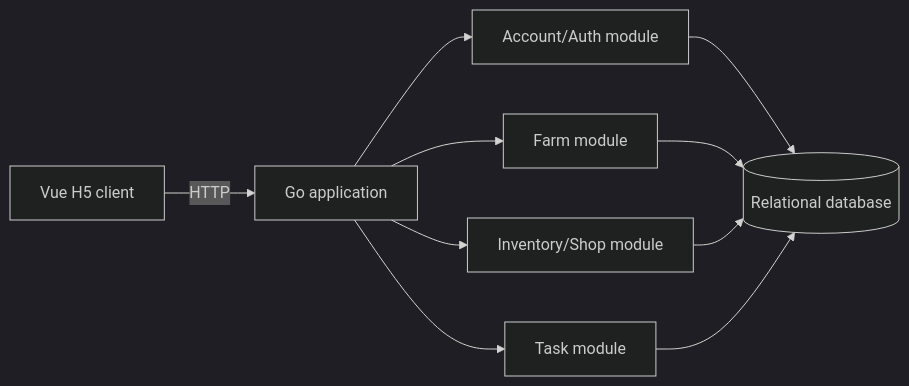
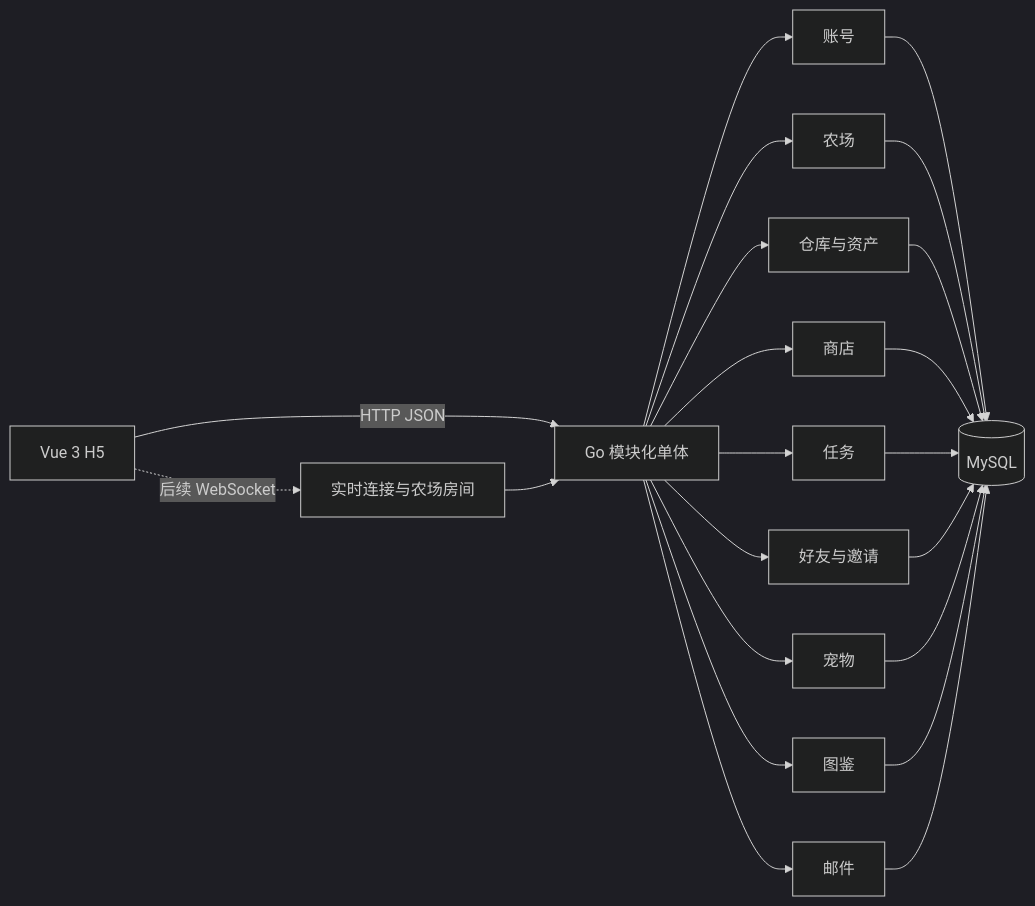
One commit to Wriosley/supernova-classic-farm changed the diagram in docs/architecture/architecture.md. Above: the diagram before and after it, drawn with Mermaid (dark theme). The commit also changed other lines of this file and 2 other files, not shown here.

````diff
--- a/docs/architecture/architecture.md
+++ b/docs/architecture/architecture.md
@@ -18,12 +91,24 @@
 ```mermaid
 flowchart LR
-    H5["Vue H5 client"] -->|"HTTP"| API["Go application"]
-    API --> AUTH["Account/Auth module"]
-    API --> FARM["Farm module"]
-    API --> INV["Inventory/Shop module"]
-    API --> TASK["Task module"]
-    AUTH --> DB[("Relational database")]
+    H5["Vue 3 H5"] -->|"HTTP JSON"| APP["Go 模块化单体"]
+    H5 -.->|"后续 WebSocket"| RT["实时连接与农场房间"]
+    RT --> APP
+    APP --> AUTH["账号"]
+    APP --> FARM["农场"]
+    APP --> ASSET["仓库与资产"]
+    APP --> SHOP["商店"]
+    APP --> TASK["任务"]
+    APP --> FRIEND["好友与邀请"]
+    APP --> PET["宠物"]
+    APP --> COL["图鉴"]
+    APP --> MAIL["邮件"]
+    AUTH --> DB[("MySQL")]
     FARM --> DB
-    INV --> DB
+    ASSET --> DB
+    SHOP --> DB
     TASK --> DB
+    FRIEND --> DB
+    PET --> DB
+    COL --> DB
+    MAIL --> DB
 ```
````
